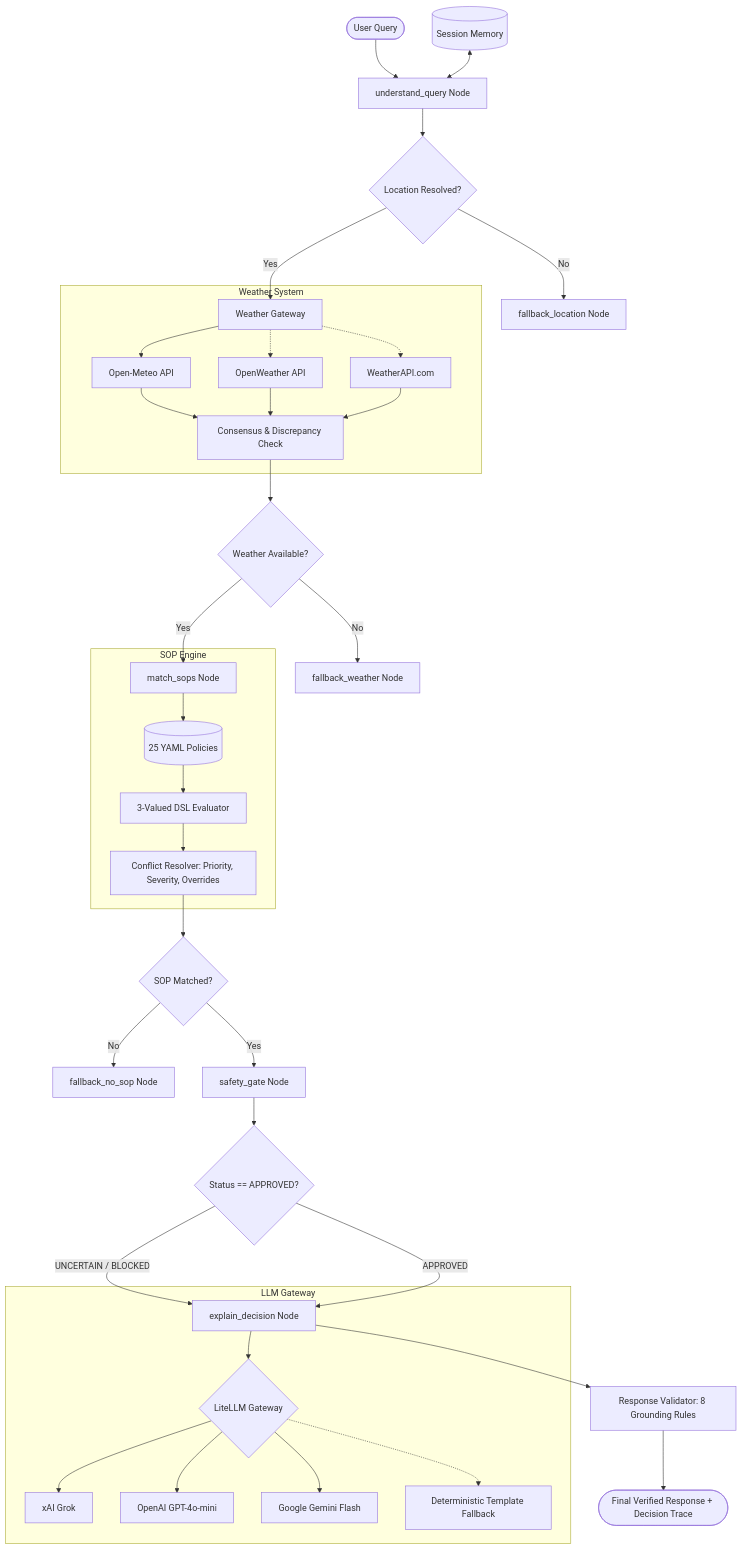
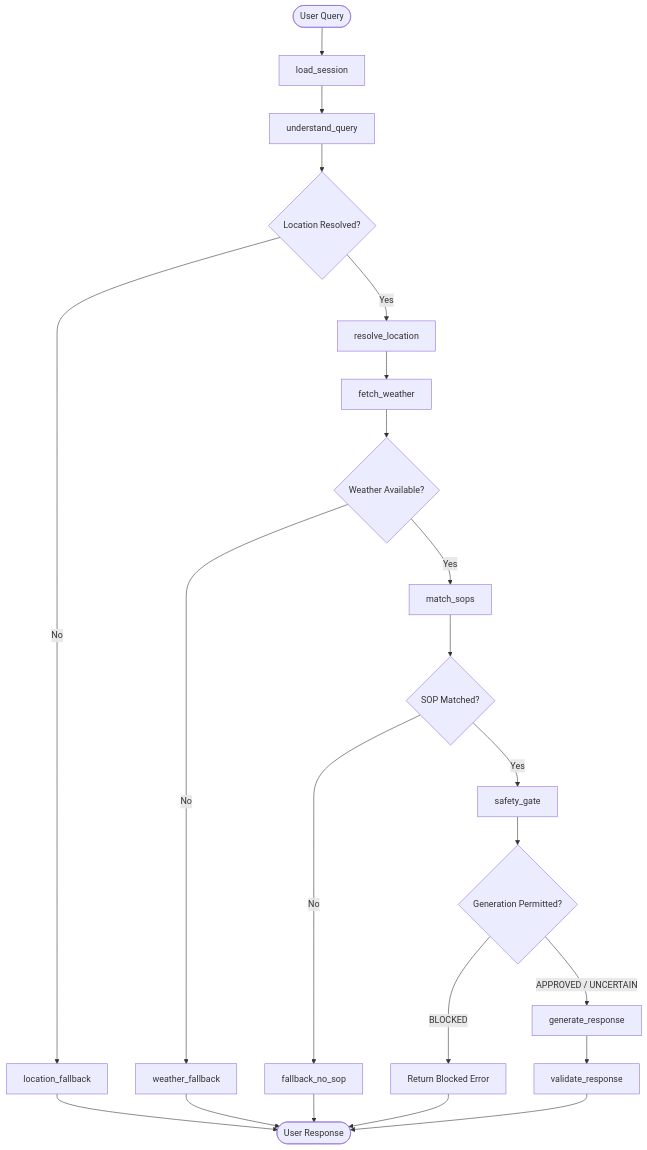
One commit to Vikas9892/Weather-Agent changed the diagram in README.md. Above: the diagram before and after it, drawn with Mermaid. The commit also changed other lines of this file and 11 other files, not shown here.

````diff
--- a/README.md
+++ b/README.md
@@ -38,45 +118,26 @@
 ```mermaid
 flowchart TD
-    User([User Query]) --> Understand[understand_query Node]
-    Mem[(Session Memory)] <--> Understand
+    Start([User Query]) --> LoadMem[load_session]
+    LoadMem --> Understand[understand_query]
     Understand --> CheckLoc{Location Resolved?}
-    
-    CheckLoc -- No --> FallbackLoc[fallback_location Node]
-    CheckLoc -- Yes --> WeatherGW[Weather Gateway]
-    
-    subgraph Weather System
-        WeatherGW --> OM[Open-Meteo API]
-        WeatherGW -.-> OW[OpenWeather API]
-        WeatherGW -.-> WA[WeatherAPI.com]
-        OM & OW & WA --> Cons[Consensus & Discrepancy Check]
-    end
-    
-    Cons --> CheckWeather{Weather Available?}
-    CheckWeather -- No --> FallbackWeather[fallback_weather Node]
-    CheckWeather -- Yes --> MatchSOP[match_sops Node]
-    
-    subgraph SOP Engine
-        MatchSOP --> Registry[(25 YAML Policies)]
-        Registry --> DSL[3-Valued DSL Evaluator]
-        DSL --> Resolver[Conflict Resolver: Priority, Severity, Overrides]
-    end
-    
-    Resolver --> CheckMatch{SOP Matched?}
-    CheckMatch -- No --> FallbackSOP[fallback_no_sop Node]
-    CheckMatch -- Yes --> SafetyGate[safety_gate Node]
-    
-    SafetyGate --> GateCheck{Status == APPROVED?}
-    GateCheck -- UNCERTAIN / BLOCKED --> Explain
-    GateCheck -- APPROVED --> Explain[explain_decision Node]
-    
-    subgraph LLM Gateway
-        Explain --> LiteLLM{LiteLLM Gateway}
-        LiteLLM --> Grok[xAI Grok]
-        LiteLLM --> OpenAI[OpenAI GPT-4o-mini]
-        LiteLLM --> Gemini[Google Gemini Flash]
-        LiteLLM -.-> TemplateFallback[Deterministic Template Fallback]
-    end
-    
-    Explain --> Validator[Response Validator: 8 Grounding Rules]
-    Validator --> Out([Final Verified Response + Decision Trace])
+
+    CheckLoc -- No --> FallbackLoc[location_fallback] --> End([User Response])
+    CheckLoc -- Yes --> ResolveLoc[resolve_location]
+
+    ResolveLoc --> FetchWeather[fetch_weather]
+    FetchWeather --> CheckWeather{Weather Available?}
+
+    CheckWeather -- No --> FallbackWeather[weather_fallback] --> End
+    CheckWeather -- Yes --> MatchSOP[match_sops]
+
+    MatchSOP --> CheckMatch{SOP Matched?}
+    CheckMatch -- No --> FallbackNoSOP[fallback_no_sop] --> End
+    CheckMatch -- Yes --> SafetyGate[safety_gate]
+
+    SafetyGate --> GateCheck{Generation Permitted?}
+    GateCheck -- BLOCKED --> Halt[Return Blocked Error] --> End
+    GateCheck -- APPROVED / UNCERTAIN --> GenResponse[generate_response]
+
+    GenResponse --> Validate[validate_response]
+    Validate --> End
 ```
````
